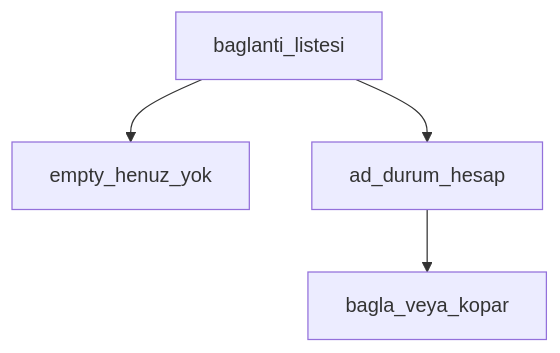
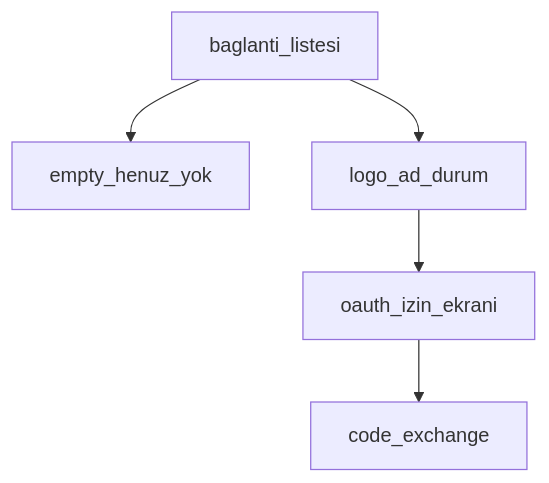
Before and after one commit to emrahyasinisik/Cherry: the fifth of 6 diagrams in docs/screens.md, drawn with Mermaid. The commit also changed other lines of this file and 28 other files, not shown here.

````diff
--- a/docs/screens.md
+++ b/docs/screens.md
@@ -89,6 +87,7 @@
 ```mermaid
 flowchart TB
   List[baglanti_listesi] --> Empty[empty_henuz_yok]
-  List --> Row[ad_durum_hesap]
-  Row --> OAuth[bagla_veya_kopar]
+  List --> Row[logo_ad_durum]
+  Row --> OAuth[oauth_izin_ekrani]
+  OAuth --> Callback[code_exchange]
 ```
````
